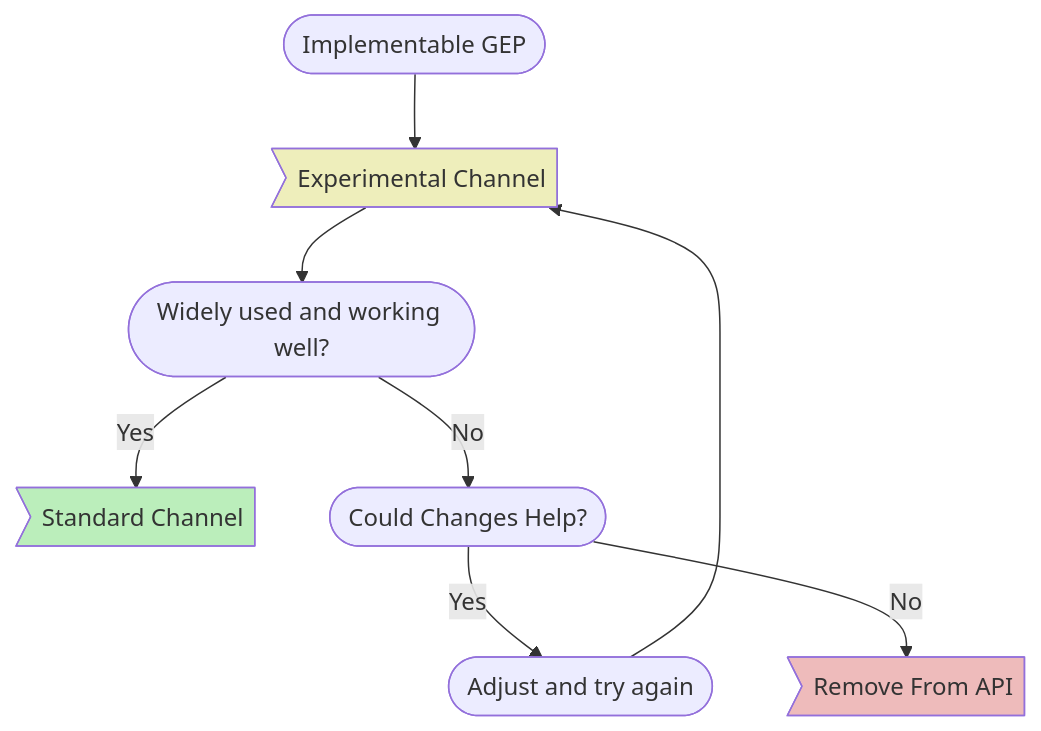
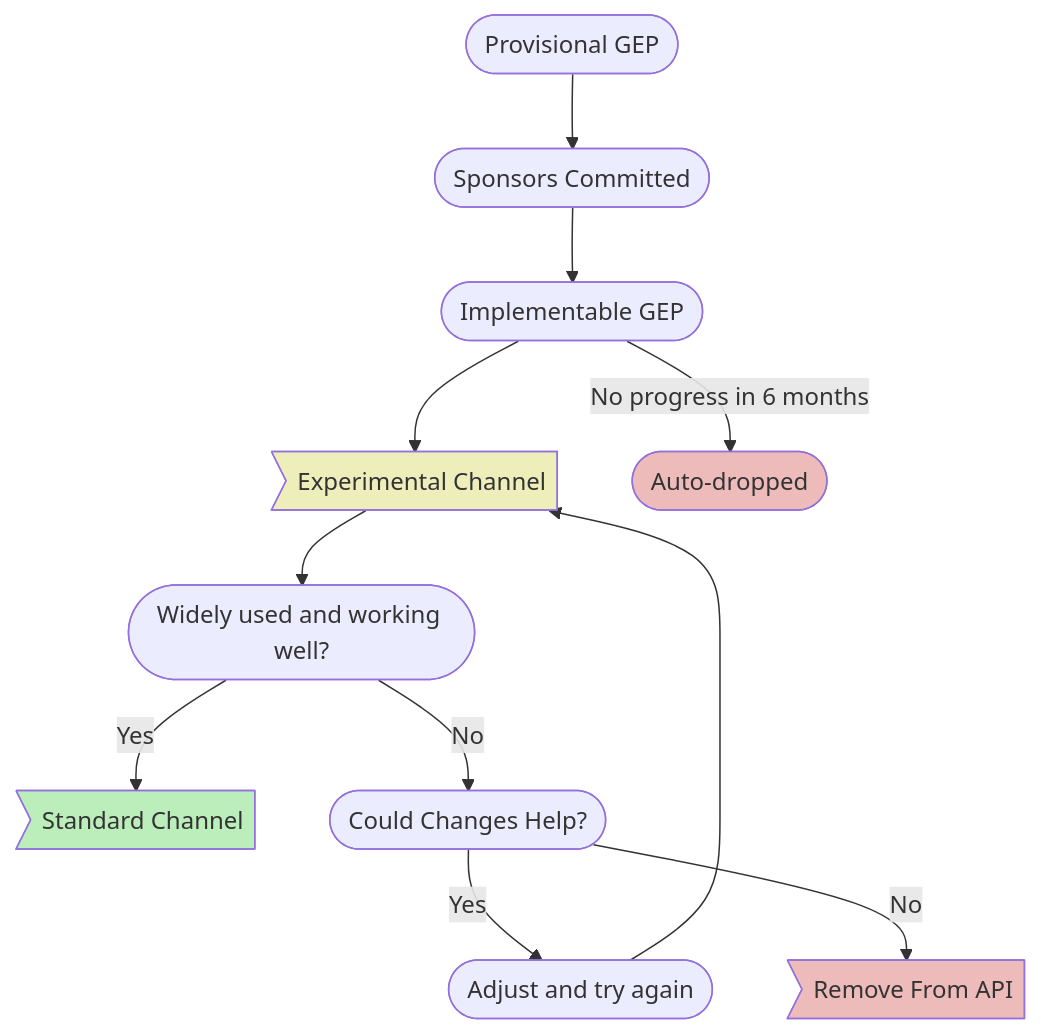
Before and after one commit to kubernetes-sigs/gateway-api: the diagram in site-src/concepts/versioning.md, drawn with Mermaid. The commit also changed other lines of this file, not shown here.

````diff
--- a/site-src/concepts/versioning.md
+++ b/site-src/concepts/versioning.md
@@ -21,14 +33,18 @@
 ```mermaid
 flowchart TD
-    0([Implementable GEP]) --> A
+    0([Provisional GEP]) --> 1([Sponsors Committed])
+    1 --> 2([Implementable GEP])
+    2 --> A
     A>Experimental Channel] --> B([Widely used and working well?])
     B -->|Yes| C>Standard Channel]
     B -->|No| D([Could Changes Help?])
     D -->|Yes| E([Adjust and try again])
     D -->|No| F>Remove From API]
     E -->A
-
+    2 -->|No progress in 6 months| G([Auto-dropped])
+    
 style A fill:#eeb
 style C fill:#beb
 style F fill:#ebb
+style G fill:#ebb
 ```
````
